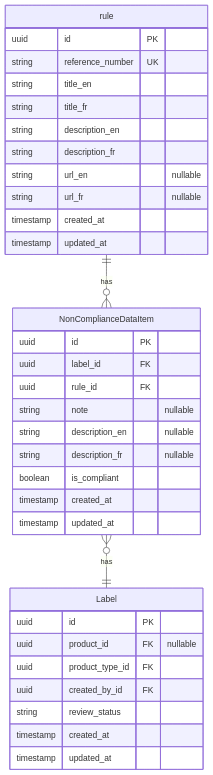
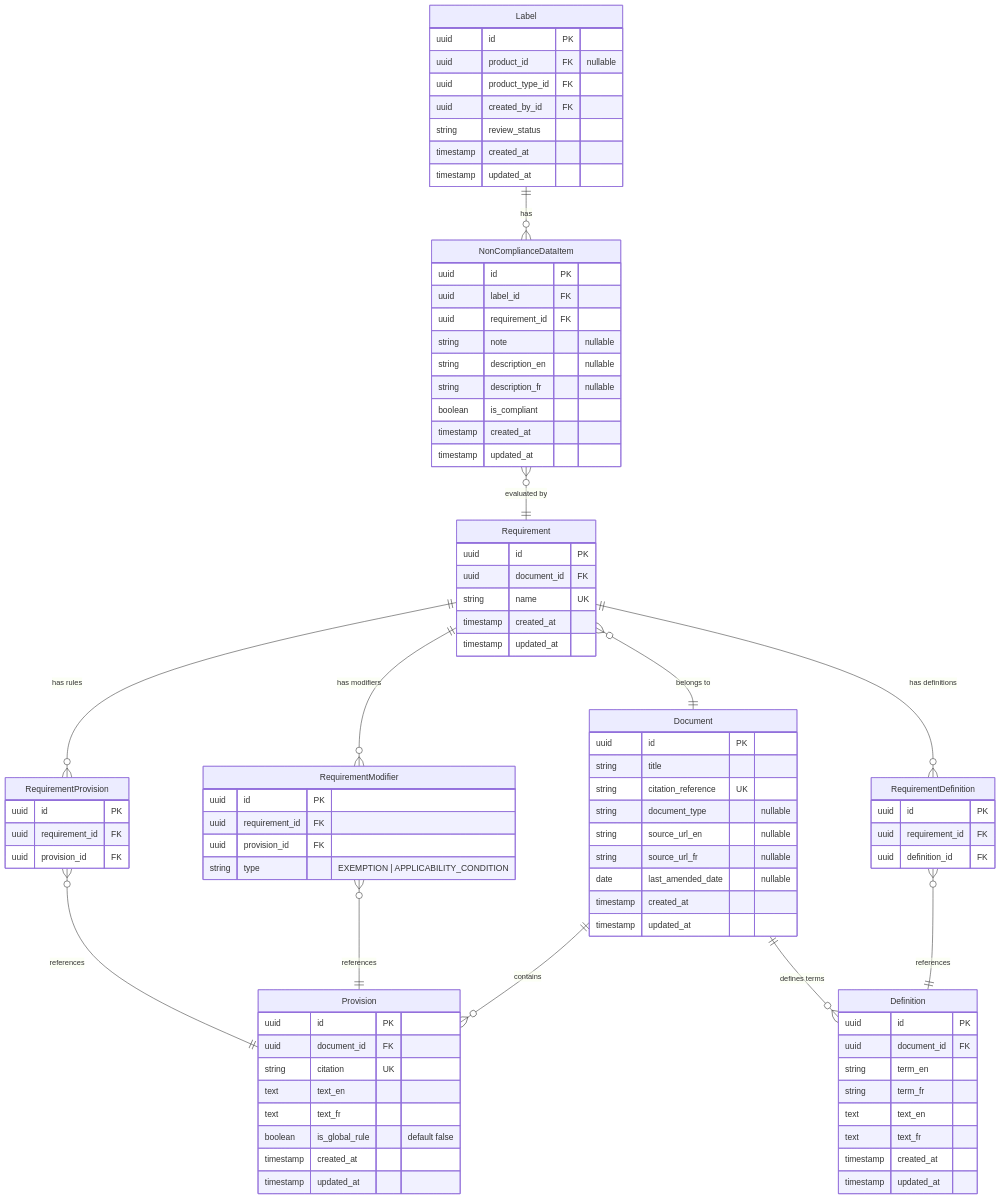
The second of 2 diagrams in docs/compliance/design.md (ai-cfia/fertiscan), drawn with Mermaid before and after one commit. The commit also changed other lines of this file and 3 other files, not shown here.

Commit message:
docs(compliance): redesign compliance architecture and evaluation flow

````diff
--- a/docs/compliance/design.md
+++ b/docs/compliance/design.md
@@ -33,35 +41,92 @@
 ```mermaid
 erDiagram
 
+    Label ||--o{ NonComplianceDataItem : "has"
+    NonComplianceDataItem }o--|| Requirement : "evaluated by"
+    Requirement }o--|| Document : "belongs to"
+    Requirement ||--o{ RequirementProvision : "has rules"
+    Requirement ||--o{ RequirementModifier : "has modifiers"
+    Requirement ||--o{ RequirementDefinition : "has definitions"
+    RequirementProvision }o--|| Provision : "references"
+    RequirementModifier }o--|| Provision : "references"
+    Document ||--o{ Provision : "contains"
+    Document ||--o{ Definition : "defines terms"
+    RequirementDefinition }o--|| Definition : "references"
 
-    NonComplianceDataItem }o--|| Label:"has"
-    rule ||--o{ NonComplianceDataItem:"has"
-    rule{
+    Document {
         uuid id PK
-        string reference_number UK
-        string title_en
-        string title_fr
-        string description_en
-        string description_fr
-        string url_en "nullable"
-        string url_fr "nullable"
+        string title
+        string citation_reference UK
+        string document_type "nullable"
+        string source_url_en "nullable"
+        string source_url_fr "nullable"
+        date last_amended_date "nullable"
         timestamp created_at
         timestamp updated_at
     }
 
-    NonComplianceDataItem{
+    Provision {
+        uuid id PK
+        uuid document_id FK
+        string citation UK
+        text text_en
+        text text_fr
+        boolean is_global_rule "default false"
+        timestamp created_at
+        timestamp updated_at
+    }
+
+    Definition {
+        uuid id PK
+        uuid document_id FK
+        string term_en
+        string term_fr
+        text text_en
+        text text_fr
+        timestamp created_at
+        timestamp updated_at
+    }
+
+    Requirement {
+        uuid id PK
+        uuid document_id FK
+        string name UK
+        timestamp created_at
+        timestamp updated_at
+    }
+
+
+
+    RequirementProvision {
+        uuid id PK
+        uuid requirement_id FK
+        uuid provision_id FK
+    }
+
+    RequirementModifier {
+        uuid id PK
+        uuid requirement_id FK
+        uuid provision_id FK
+        string type "EXEMPTION | APPLICABILITY_CONDITION"
+    }
+
+    RequirementDefinition {
+        uuid id PK
+        uuid requirement_id FK
+        uuid definition_id FK
+    }
+
+    NonComplianceDataItem {
         uuid id PK
         uuid label_id FK
-        uuid rule_id FK
+        uuid requirement_id FK
         string note "nullable"
         string description_en "nullable"
         string description_fr "nullable"
         boolean is_compliant
         timestamp created_at
         timestamp updated_at
-
     }
-
 
     Label {
         uuid id PK
@@ -73,5 +138,4 @@
         timestamp updated_at
     }
 
-
 ```
````
